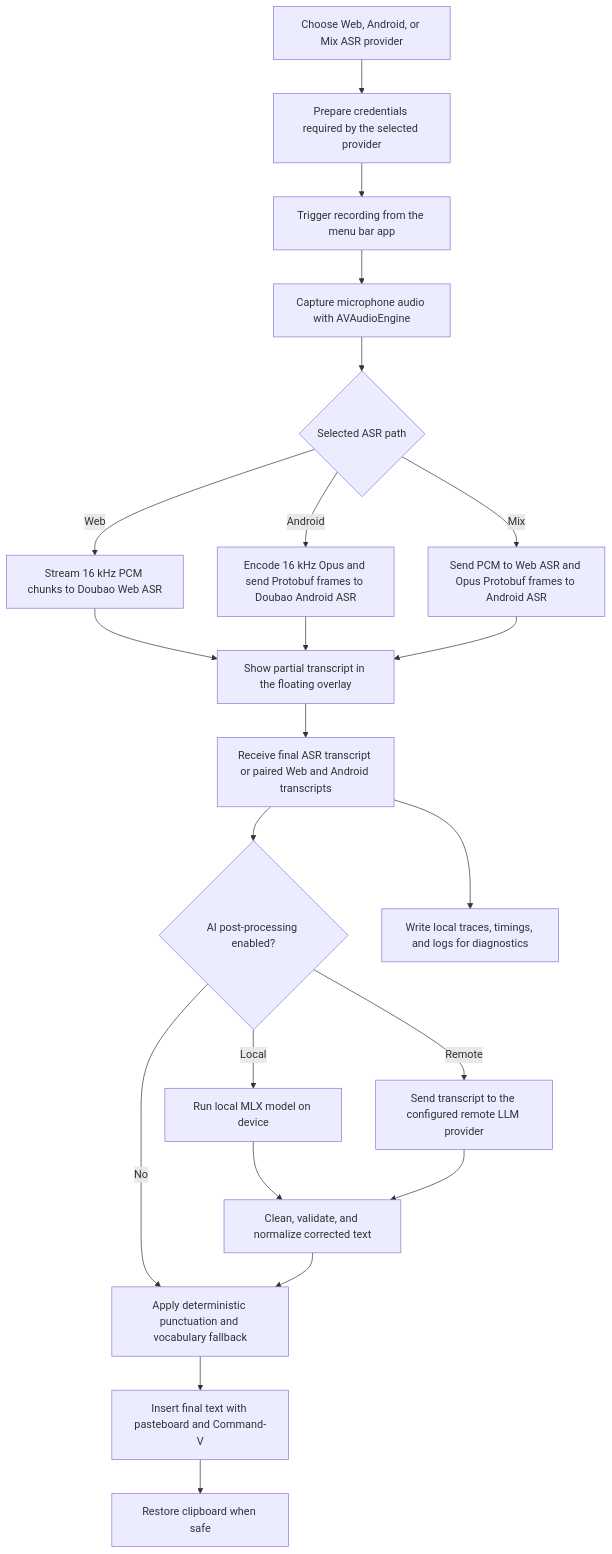
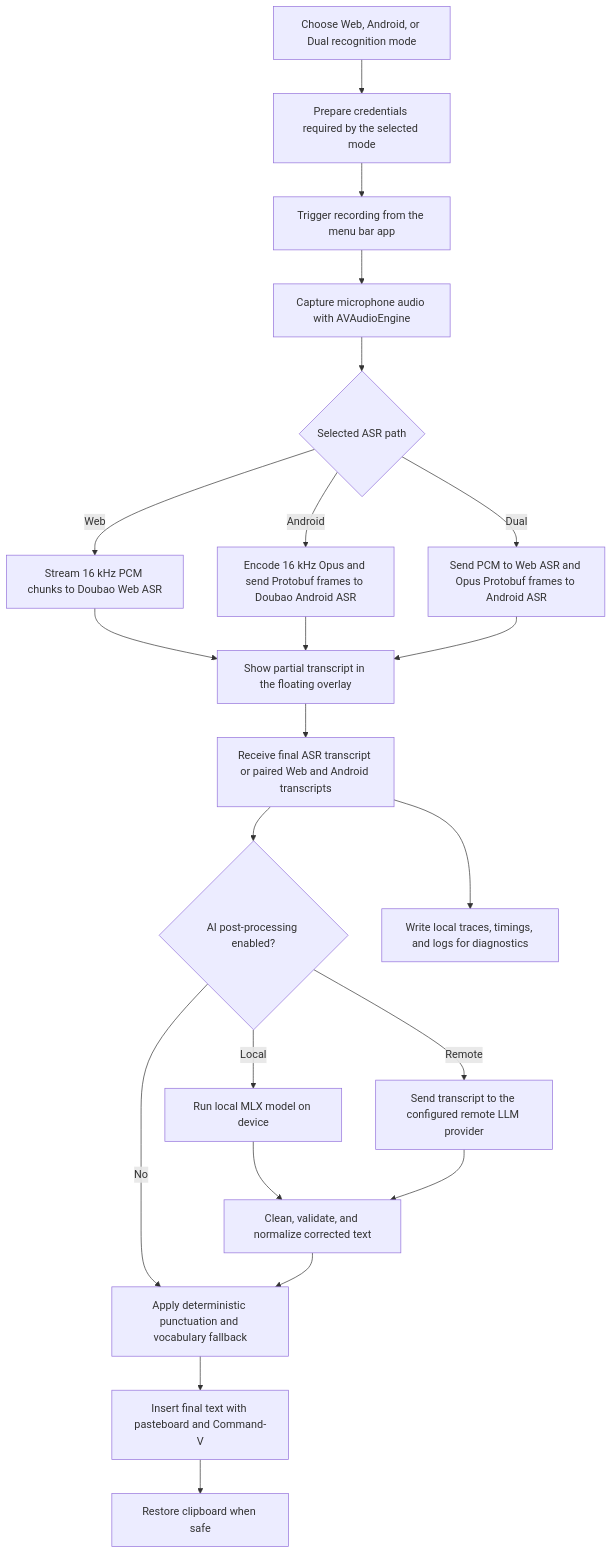
Before and after one commit to rhinoc/douvo: the diagram in README.md, drawn with Mermaid. The commit also changed other lines of this file and 23 other files, not shown here.

````diff
--- a/README.md
+++ b/README.md
@@ -100,24 +100,24 @@
 ```mermaid
 flowchart TD
-    A[Choose Web, Android, or Mix ASR provider] --> B[Prepare credentials required by the selected provider]
+    A[Choose Web, Android, or Dual recognition mode] --> B[Prepare credentials required by the selected mode]
     B --> C[Trigger recording from the menu bar app]
     C --> D[Capture microphone audio with AVAudioEngine]
     D --> E{Selected ASR path}
     E -- Web --> F[Stream 16 kHz PCM chunks to Doubao Web ASR]
     E -- Android --> G[Encode 16 kHz Opus and send Protobuf frames to Doubao Android ASR]
-    E -- Mix --> H[Send PCM to Web ASR and Opus Protobuf frames to Android ASR]
+    E -- Dual --> H[Send PCM to Web ASR and Opus Protobuf frames to Android ASR]
     F --> I[Show partial transcript in the floating overlay]
     G --> I
     H --> I
     I --> J[Receive final ASR transcript or paired Web and Android transcripts]
     J --> K{AI post-processing enabled?}
     K -- No --> O[Apply deterministic punctuation and vocabulary fallback]
     K -- Local --> L[Run local MLX model on device]
     K -- Remote --> M[Send transcript to the configured remote LLM provider]
     L --> N[Clean, validate, and normalize corrected text]
     M --> N
     N --> O
     O --> P[Insert final text with pasteboard and Command-V]
     P --> Q[Restore clipboard when safe]
     J --> R[Write local traces, timings, and logs for diagnostics]
 ```
````
